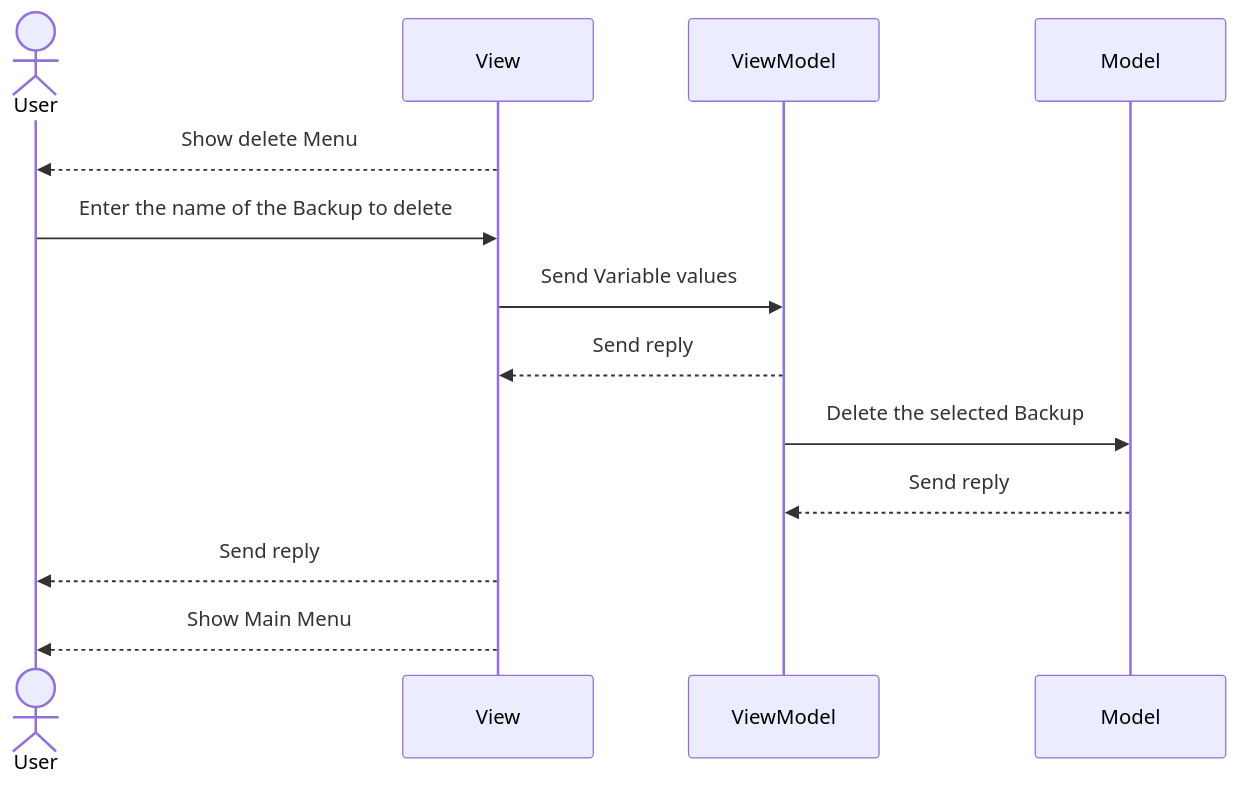
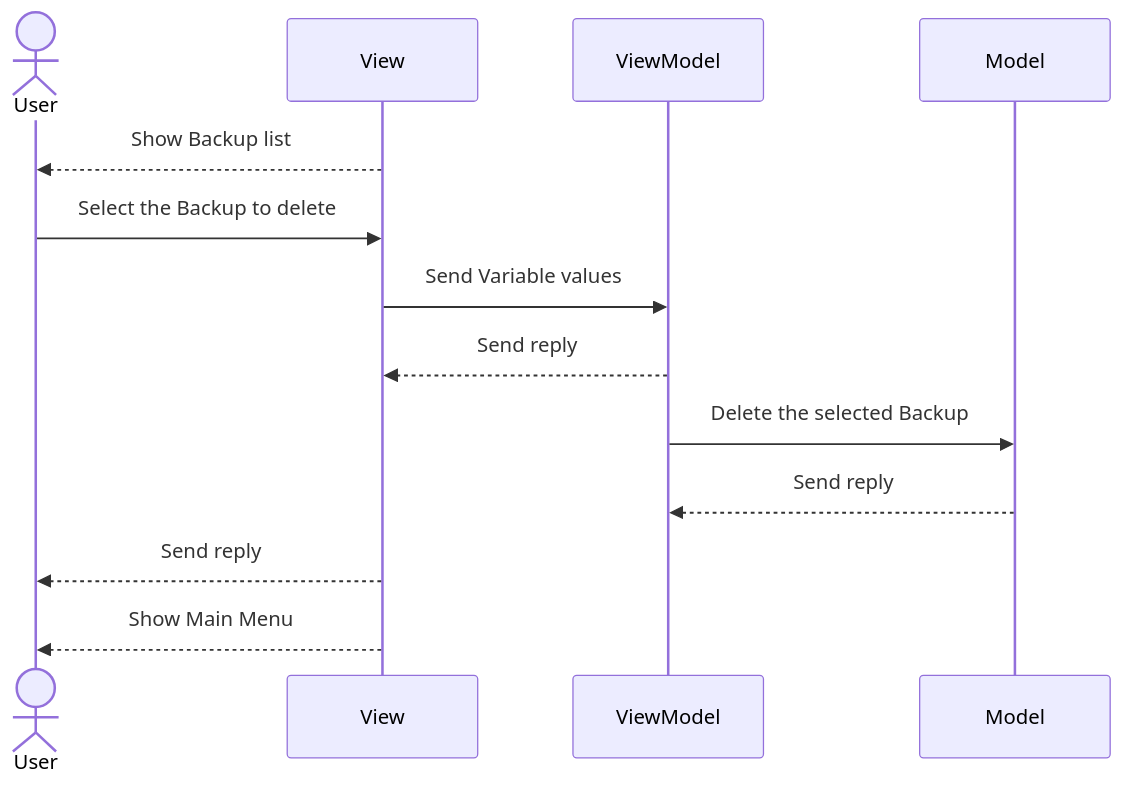
The fourth of 7 diagrams in Diagrams/DiagSequences/DiagSequenceProjet.md (mboss7/CesiProgSys), drawn with Mermaid before and after one commit. The commit also changed other lines of this file, not shown here.

````diff
--- a/Diagrams/DiagSequences/DiagSequenceProjet.md
+++ b/Diagrams/DiagSequences/DiagSequenceProjet.md
@@ -35,13 +35,13 @@
 ```mermaid
 sequenceDiagram
 Actor User
 
-View -->>User: Show delete Menu
-User ->>View: Enter the name of the Backup to delete
+View -->>User: Show Backup list
+User ->>View: Select the Backup to delete
 View ->>ViewModel: Send Variable values
 ViewModel -->>View: Send reply 
 ViewModel ->>Model: Delete the selected Backup
 Model -->>ViewModel: Send reply
 View -->>User: Send reply
 View -->>User: Show Main Menu
 ```
````
